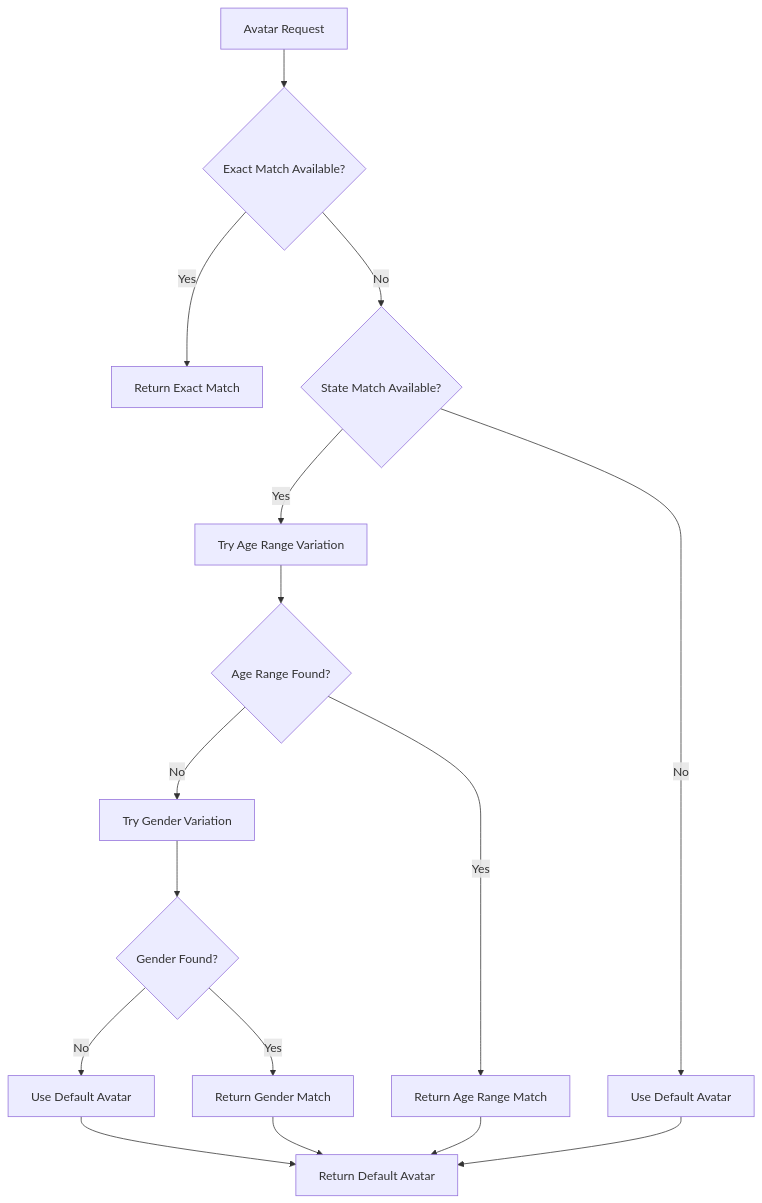
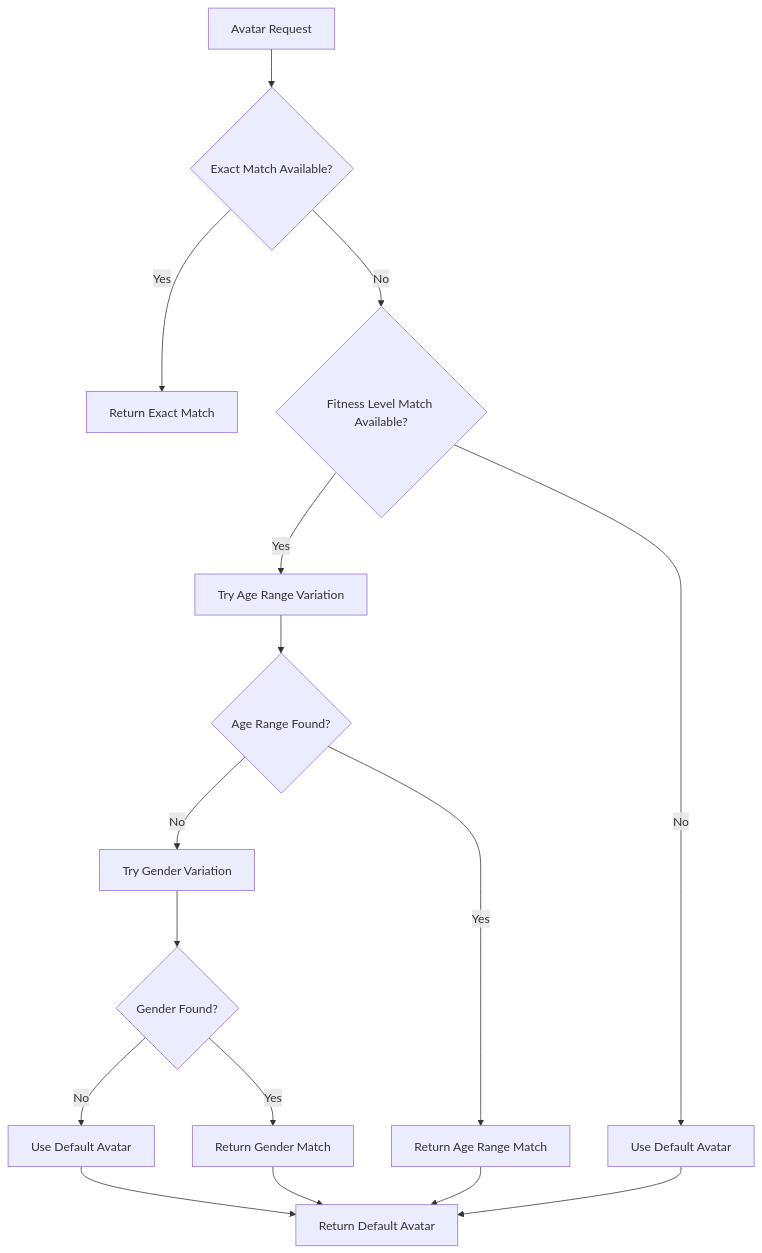
The third of 4 diagrams in game/design/low-level/avatar-progression-system.md (midearth-labs/fit-journey), drawn with Mermaid before and after one commit. The commit also changed other lines of this file and 26 other files, not shown here.

````diff
--- a/game/design/low-level/avatar-progression-system.md
+++ b/game/design/low-level/avatar-progression-system.md
@@ -378,22 +329,22 @@
 ```mermaid
 flowchart TD
     A[Avatar Request] --> B{Exact Match Available?}
     B -->|Yes| C[Return Exact Match]
-    B -->|No| D{State Match Available?}
+    B -->|No| D{Fitness Level Match Available?}
     
     D -->|Yes| E[Try Age Range Variation]
     D -->|No| F[Use Default Avatar]
     
     E --> G{Age Range Found?}
     G -->|Yes| H[Return Age Range Match]
     G -->|No| I[Try Gender Variation]
     
     I --> J{Gender Found?}
     J -->|Yes| K[Return Gender Match]
     J -->|No| L[Use Default Avatar]
     
     L --> M[Return Default Avatar]
     K --> M
     H --> M
     F --> M
 ```
````
